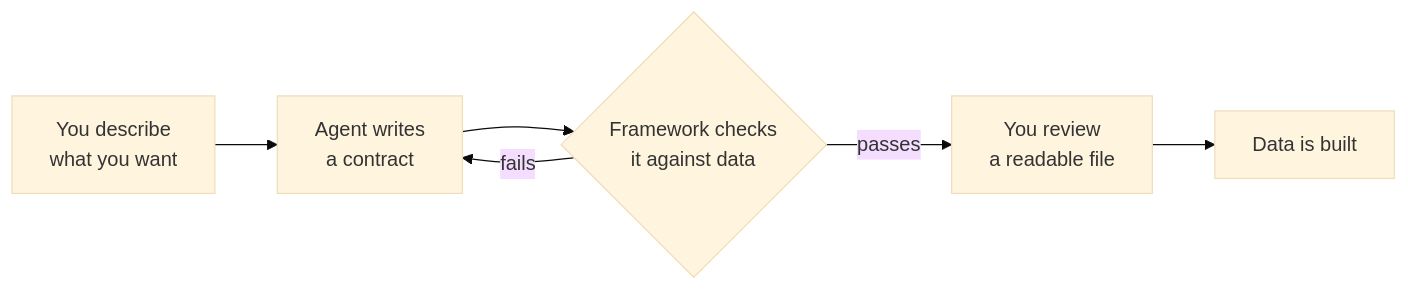
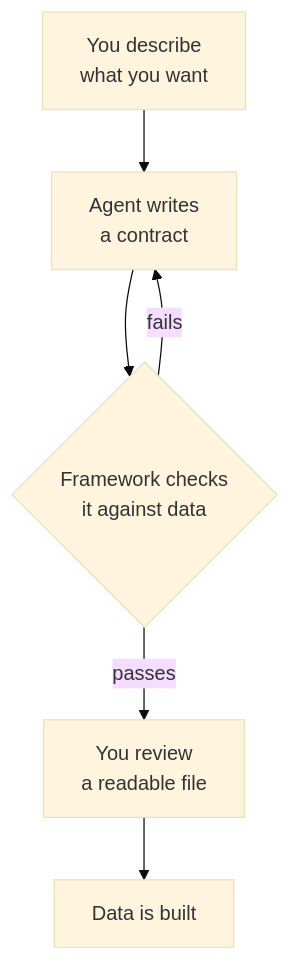
One commit to LakeLogic/open-lakehouse-contract changed the diagram in docs/concepts/ai-data-agents.md. Above: the diagram before and after it, drawn with Mermaid (base theme). The commit also changed 114 other files, not shown here.

````diff
--- a/docs/concepts/ai-data-agents.md
+++ b/docs/concepts/ai-data-agents.md
@@ -17,8 +17,8 @@
 ```mermaid
-flowchart LR
+flowchart TD
     A[You describe<br/>what you want] --> B[Agent writes<br/>a contract]
     B --> C{Framework checks<br/>it against data}
     C -- fails --> B
     C -- passes --> D[You review<br/>a readable file]
     D --> E[Data is built]
 ```
````
